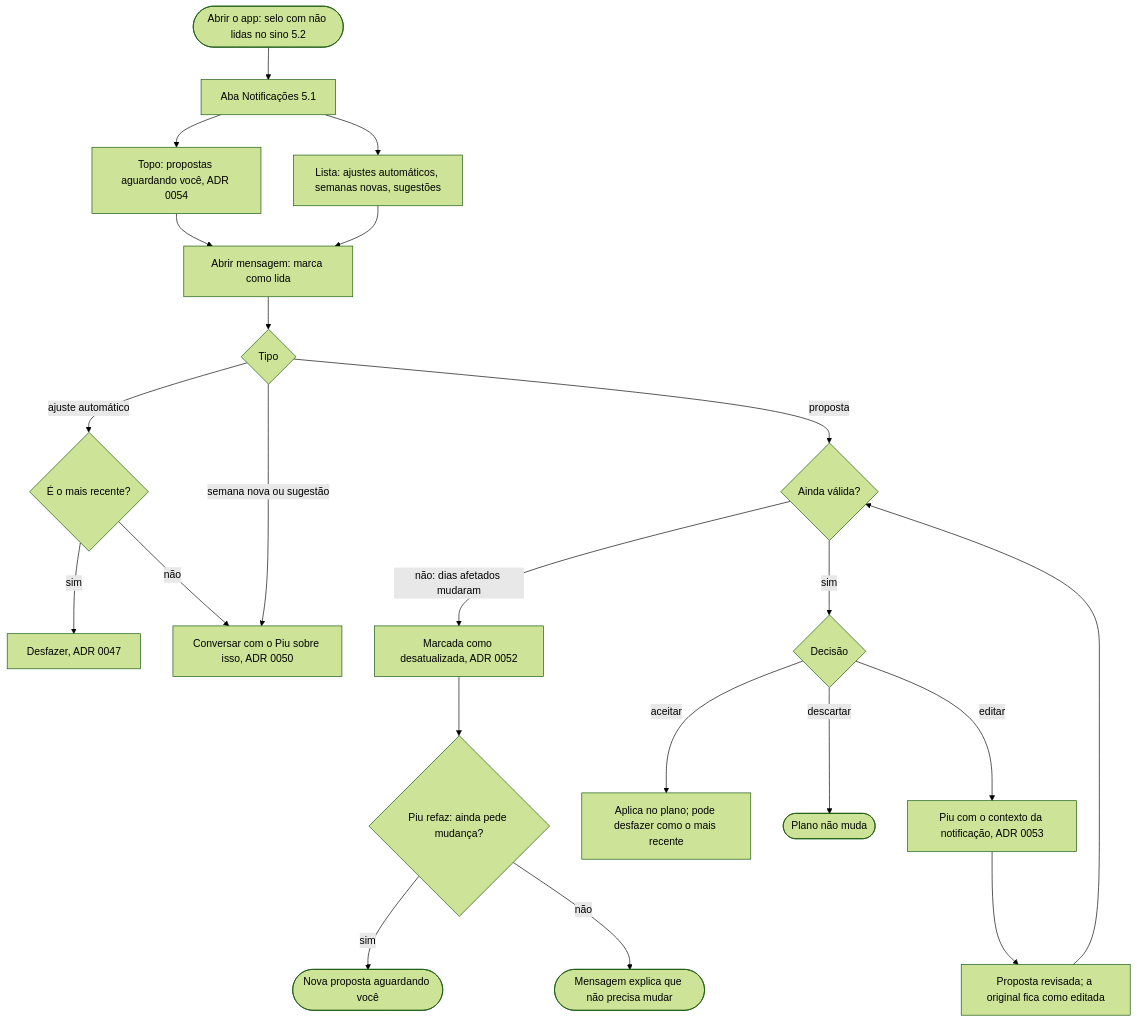
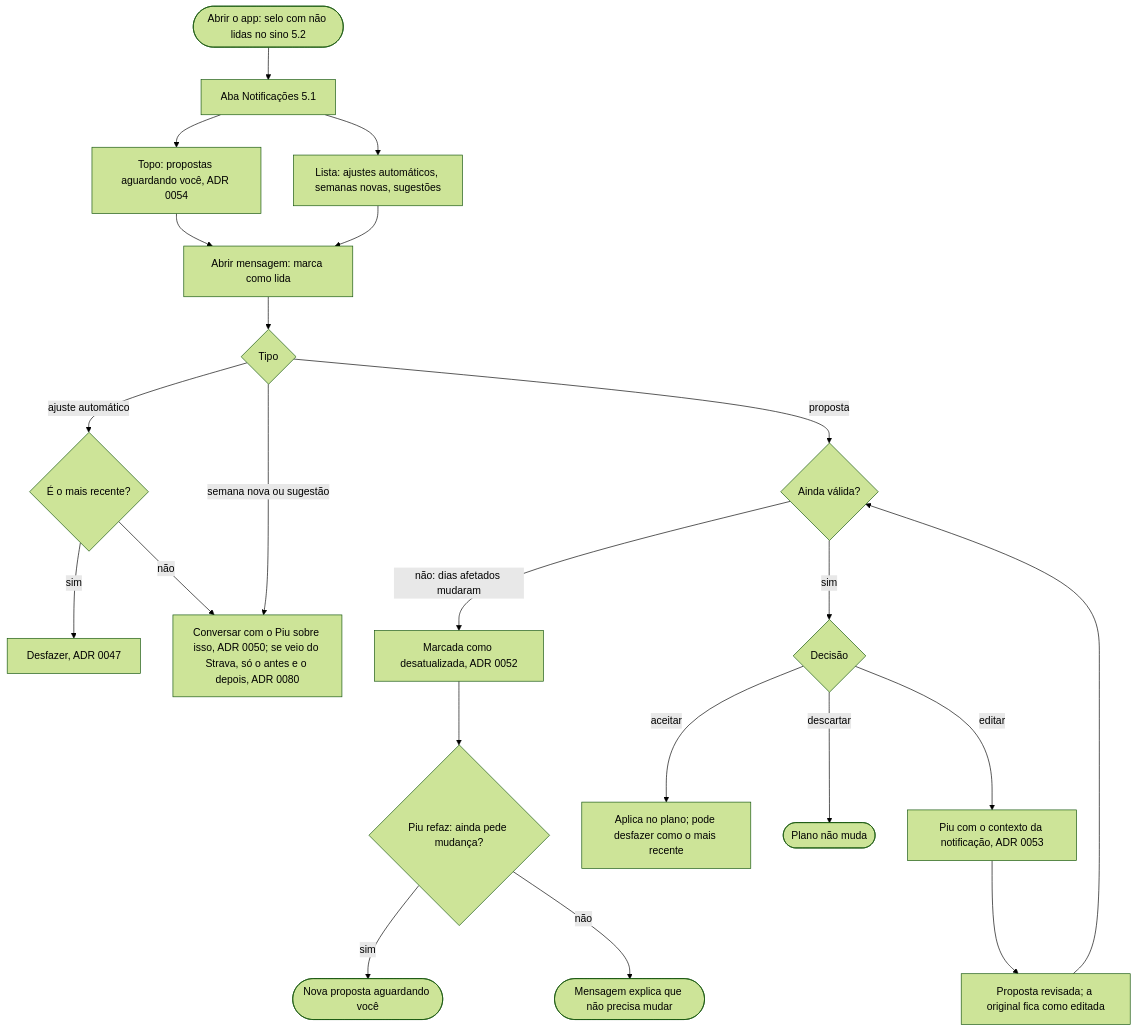
Before and after one commit to cruzvini/app-corrida: the eighth of 11 diagrams in docs/fluxos.md, drawn with Mermaid (forest theme). The commit also changed other lines of this file and 3 other files, not shown here.

First line of the commit message:
docs(adr): 0080 - Piu vê só o antes e o depois nos ajustes do Strava

````diff
--- a/docs/fluxos.md
+++ b/docs/fluxos.md
@@ -206,24 +206,24 @@
 ```mermaid
 flowchart TD
   A([Abrir o app: selo com não lidas no sino 5.2]) --> B[Aba Notificações 5.1]
   B --> B1[Topo: propostas aguardando você, ADR 0054]
   B --> B2[Lista: ajustes automáticos, semanas novas, sugestões]
   B1 --> M[Abrir mensagem: marca como lida]
   B2 --> M
   M --> T{Tipo}
   T -- ajuste automático --> AJ{É o mais recente?}
   AJ -- sim --> AJ1[Desfazer, ADR 0047]
-  AJ -- não --> PIU[Conversar com o Piu sobre isso, ADR 0050]
+  AJ -- não --> PIU[Conversar com o Piu sobre isso, ADR 0050; se veio do Strava, só o antes e o depois, ADR 0080]
   T -- semana nova ou sugestão --> PIU
   T -- proposta --> P{Ainda válida?}
   P -- não: dias afetados mudaram --> V[Marcada como desatualizada, ADR 0052]
   V --> V1{Piu refaz: ainda pede mudança?}
   V1 -- sim --> NOVA([Nova proposta aguardando você])
   V1 -- não --> V2([Mensagem explica que não precisa mudar])
   P -- sim --> D{Decisão}
   D -- aceitar --> AC[Aplica no plano; pode desfazer como o mais recente]
   D -- descartar --> DS([Plano não muda])
   D -- editar --> ED[Piu com o contexto da notificação, ADR 0053]
   ED --> ED1[Proposta revisada; a original fica como editada]
   ED1 --> P
 ```
````
